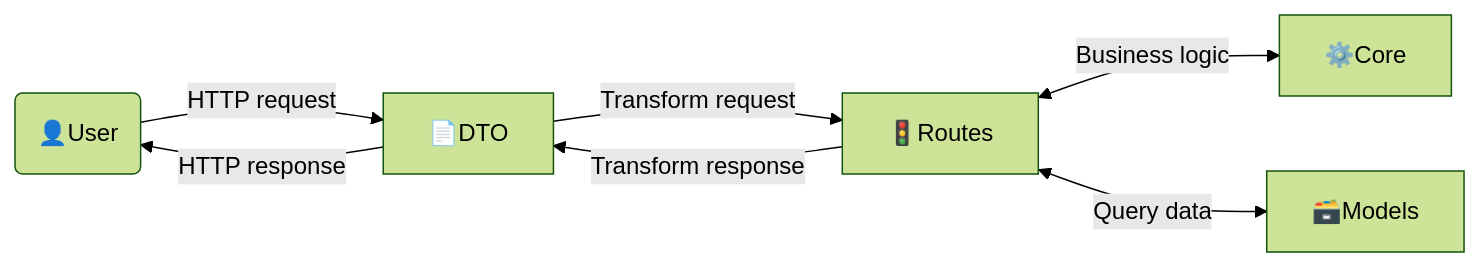
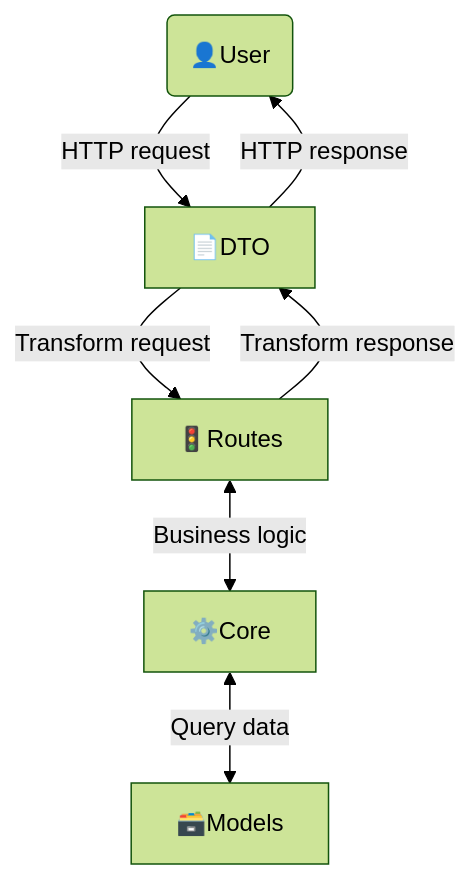
One commit to mateogall0/fastapi_mongodb_template changed the diagram in README.md. Above: the diagram before and after it, drawn with Mermaid (forest theme).

````diff
--- a/README.md
+++ b/README.md
@@ -4,23 +4,23 @@
 ```mermaid
-graph LR
+graph TB
   
     USER(👤User)
     DTO[📄DTO]
     ROUTES[🚦Routes]
     CORE[⚙️Core]
     MODELS[🗃️Models]
 
     %% User interacting with the DTO layer
     USER -- "HTTP request" --> DTO
     DTO -- "HTTP response" --> USER
 
     %% DTO and Routes exchange
     DTO -- "Transform request" --> ROUTES
     ROUTES -- "Transform response" --> DTO
 
     %% Routes and Core interaction
     ROUTES <-- "Business logic" --> CORE
 
     %% Routes and Models interaction
-    ROUTES <-- "Query data" --> MODELS
+    CORE <-- "Query data" --> MODELS
 ```
````
